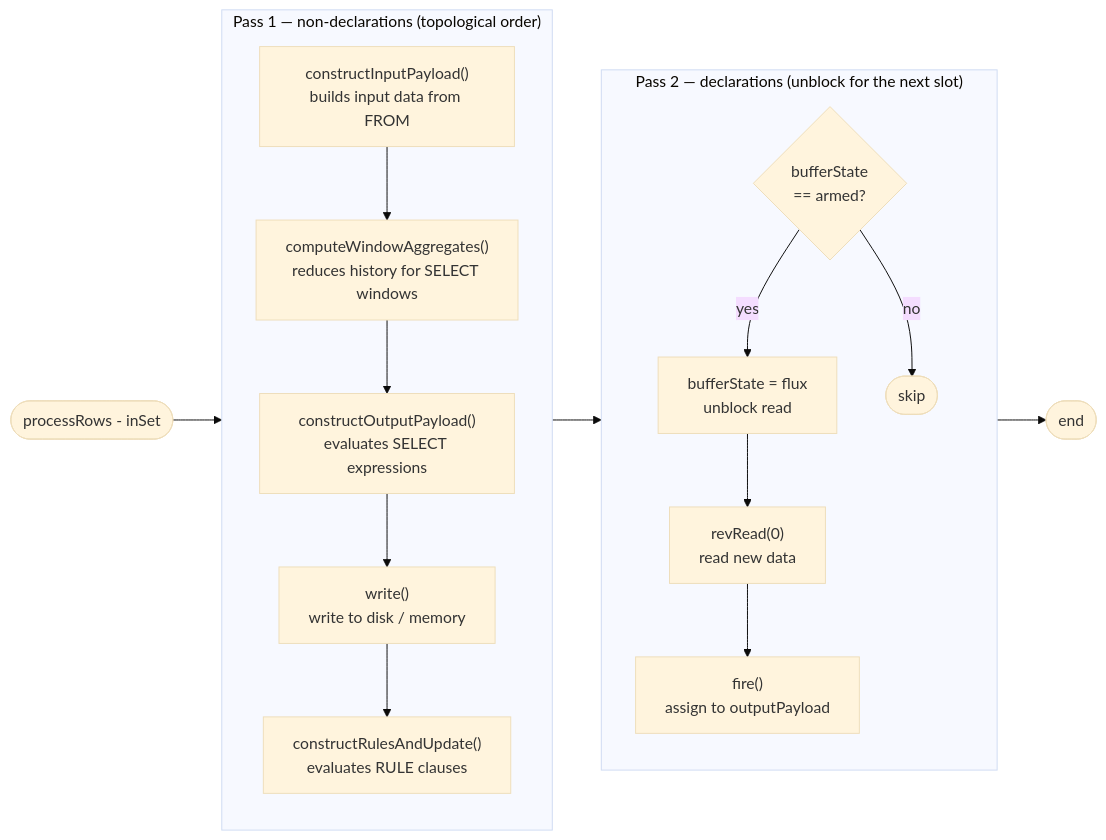
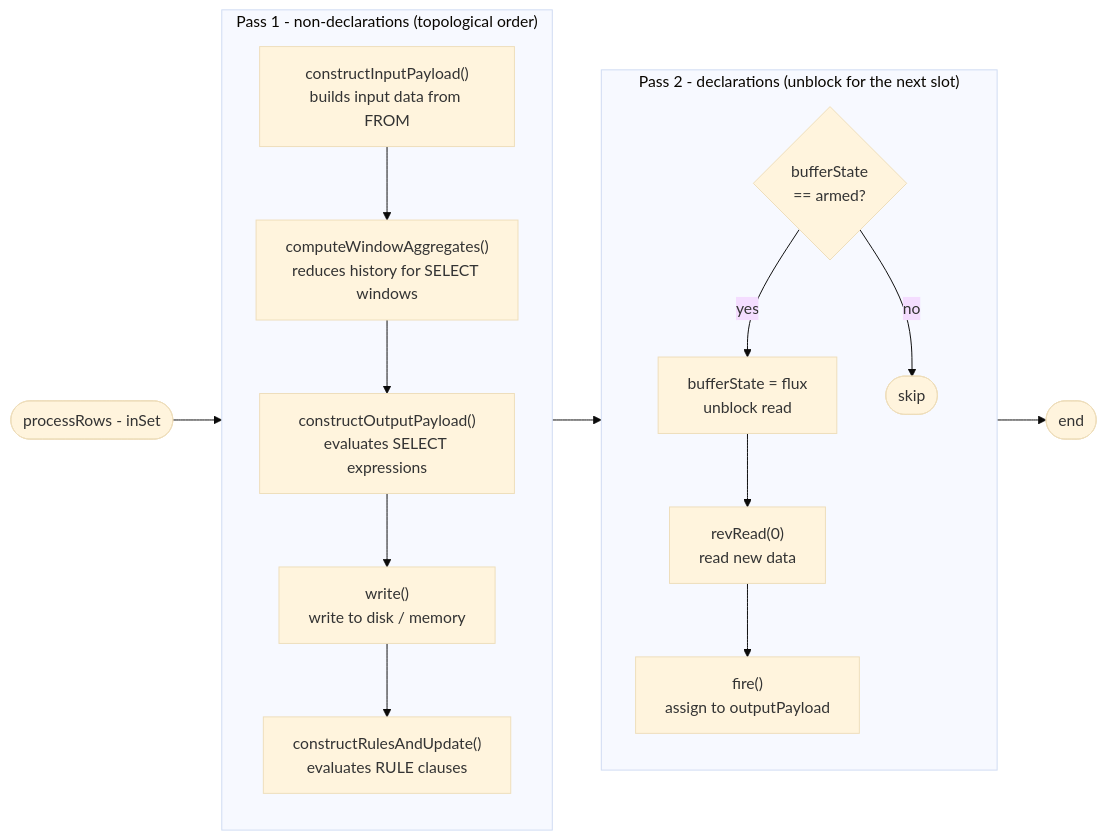
Before and after one commit to michalwidera/documentation-rdb: the fourth of 6 diagrams in query-execution/query-tree-traversal-algorithm.md, drawn with Mermaid (base theme). The commit also changed other lines of this file and 70 other files, not shown here.

````diff
--- a/query-execution/query-tree-traversal-algorithm.md
+++ b/query-execution/query-tree-traversal-algorithm.md
@@ -121,27 +121,27 @@
 ```mermaid
 %%{init: {"markdownAutoWrap": false}}%%
 flowchart LR
     S([processRows - inSet]) --> P1
 
-    subgraph P1["Pass 1 — non-declarations (topological order)"]
+    subgraph P1["Pass 1 - non-declarations (topological order)"]
         direction TB
         X1["constructInputPayload()<br/>builds input data from FROM"] --> XW
         XW["computeWindowAggregates()<br/>reduces history for SELECT windows"] --> X2
         X2["constructOutputPayload()<br/>evaluates SELECT expressions"] --> X3
         X3["write()<br/>write to disk / memory"] --> X4
         X4["constructRulesAndUpdate()<br/>evaluates RULE clauses"]
     end
 
     P1 --> P2
 
-    subgraph P2["Pass 2 — declarations (unblock for the next slot)"]
+    subgraph P2["Pass 2 - declarations (unblock for the next slot)"]
         direction TB
         Y1{"bufferState<br/>== armed?"} -->|yes| Y2
         Y2["bufferState = flux<br/>unblock read"] --> Y3
         Y3["revRead(0)<br/>read new data"] --> Y4
         Y4["fire()<br/>assign to outputPayload"]
         Y1 -->|no| Y5([skip])
     end
 
     P2 --> E([end])
 ```
````
